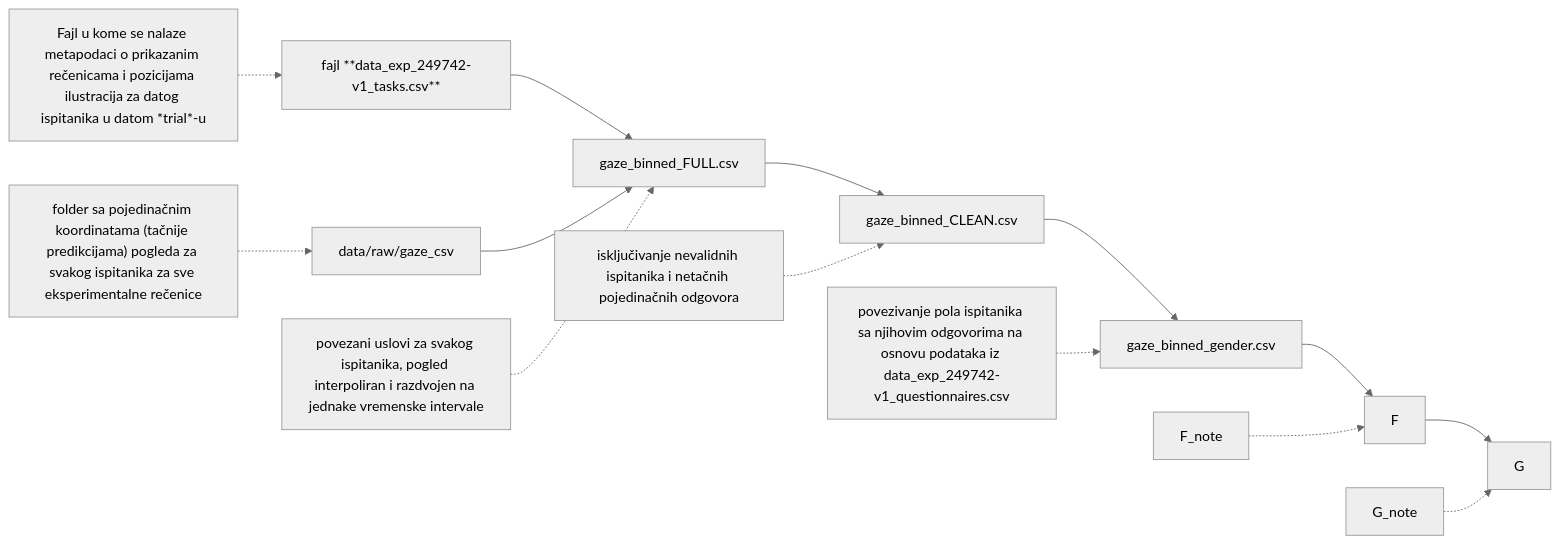
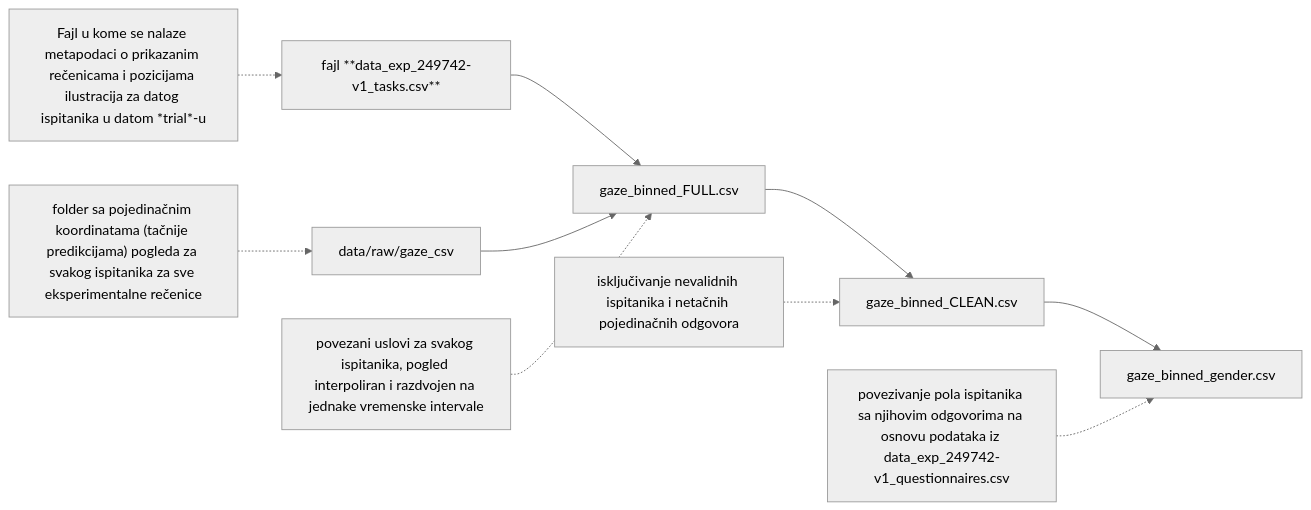
The first of 2 diagrams in README.md (sara-barac/VWP-data-analysis), drawn with Mermaid (neutral theme) before and after one commit.

Commit message:
flow update

````diff
--- a/README.md
+++ b/README.md
@@ -62,35 +62,34 @@
 ```mermaid
 flowchart LR
 
 %% ===== COMMENTS =====
 
 A_note["Fajl u kome se nalaze metapodaci o prikazanim rečenicama i pozicijama ilustracija za datog ispitanika u datom *trial*-u"]
 B_note["folder sa pojedinačnim koordinatama (tačnije predikcijama) pogleda za svakog ispitanika za sve eksperimentalne rečenice"]
 C_note["povezani uslovi za svakog ispitanika, pogled interpoliran i razdvojen na jednake vremenske intervale"]
 D_note["isključivanje nevalidnih ispitanika i netačnih pojedinačnih odgovora"]
 E_note["povezivanje pola ispitanika sa njihovim odgovorima na osnovu podataka iz data_exp_249742-v1_questionnaires.csv"]
 
 %% ===== MAIN NODES =====
 
 A[fajl **data_exp_249742-v1_tasks.csv**]
 B[data/raw/gaze_csv]
 C[gaze_binned_FULL.csv]
 D[gaze_binned_CLEAN.csv]
 E[gaze_binned_gender.csv]
 
 %% ===== FLOW =====
 
 A --> C 
 B --> C 
-C --> D --> E --> F --> G
+C --> D --> E 
 
 %% ===== COMMENT LINKS =====
 
 A_note -.-> A
 B_note -.-> B
 C_note -.-> C
 D_note -.-> D
 E_note -.-> E
-F_note -.-> F
-G_note -.-> G
+
 ```
````
